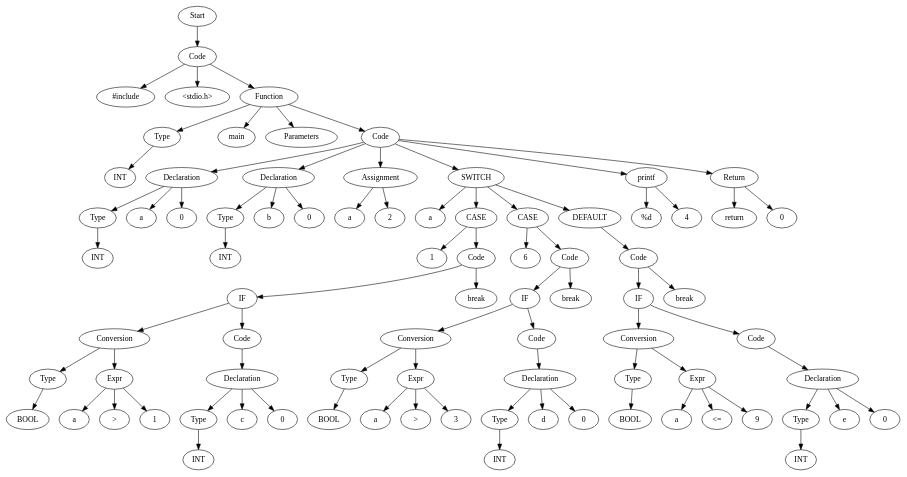
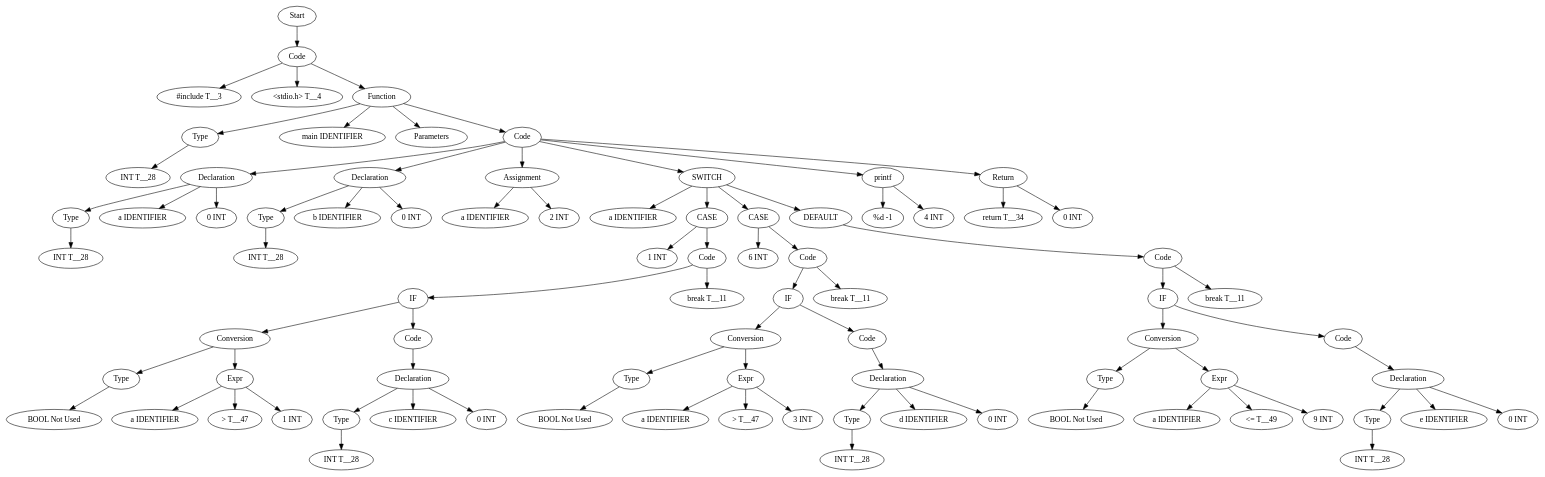
The diagram in TestCases/ASTTests/SwitchTests/CreateTests/read_file_before.dot (Are-you-listening/Compilers), drawn with Graphviz before and after one commit. The commit also changed 50 other files, not shown here.

```diff
--- a/TestCases/ASTTests/SwitchTests/CreateTests/read_file_before.dot
+++ b/TestCases/ASTTests/SwitchTests/CreateTests/read_file_before.dot
@@ -1,169 +1,169 @@
 digraph AST {
-  "129830213923120" [label="Start"];
-  "129830213923120" -> "129830213919472";
-  "129830213919472" [label="Code"];
-  "129830213919472" -> "129830213910880";
-  "129830213919472" -> "129830213925040";
-  "129830213919472" -> "129830213911072";
-  "129830213910880" [label="#include"];
-  "129830213925040" [label="<stdio.h>"];
-  "129830213911072" [label="Function"];
-  "129830213911072" -> "129830214015952";
-  "129830213911072" -> "129830214021712";
-  "129830213911072" -> "129830214020176";
-  "129830213911072" -> "129830214016144";
-  "129830214015952" [label="Type"];
-  "129830214015952" -> "129830214021520";
-  "129830214021520" [label="INT"];
-  "129830214021712" [label="main"];
-  "129830214020176" [label="Parameters"];
-  "129830214016144" [label="Code"];
-  "129830214016144" -> "129830214020800";
-  "129830214016144" -> "129830214018112";
-  "129830214016144" -> "129830214020608";
-  "129830214016144" -> "129830214020656";
-  "129830214016144" -> "129830214018496";
-  "129830214016144" -> "129830214016192";
-  "129830214020800" [label="Declaration"];
-  "129830214020800" -> "129830214021136";
-  "129830214020800" -> "129830214020752";
-  "129830214020800" -> "129830214021568";
-  "129830214021136" [label="Type"];
-  "129830214021136" -> "129830214020944";
-  "129830214020944" [label="INT"];
-  "129830214020752" [label="a"];
-  "129830214021568" [label="0"];
-  "129830214018112" [label="Declaration"];
-  "129830214018112" -> "129830214024016";
-  "129830214018112" -> "129830214014608";
-  "129830214018112" -> "129830214010000";
-  "129830214024016" [label="Type"];
-  "129830214024016" -> "129830214010768";
-  "129830214010768" [label="INT"];
-  "129830214014608" [label="b"];
-  "129830214010000" [label="0"];
-  "129830214020608" [label="Assignment"];
-  "129830214020608" -> "129830214020368";
-  "129830214020608" -> "129830214016048";
-  "129830214020368" [label="a"];
-  "129830214016048" [label="2"];
-  "129830214020656" [label="SWITCH"];
-  "129830214020656" -> "129830214015856";
-  "129830214020656" -> "129830214013024";
-  "129830214020656" -> "129830214022096";
-  "129830214020656" -> "129830214020128";
-  "129830214015856" [label="a"];
-  "129830214013024" [label="CASE"];
-  "129830214013024" -> "129830214017872";
-  "129830214013024" -> "129830214014560";
-  "129830214017872" [label="1"];
-  "129830214014560" [label="Code"];
-  "129830214014560" -> "129830214021184";
-  "129830214014560" -> "129830214020224";
-  "129830214021184" [label="IF"];
-  "129830214021184" -> "129830214024928";
-  "129830214021184" -> "129830214020032";
-  "129830214024928" [label="Conversion"];
-  "129830214024928" -> "129830214024976";
-  "129830214024928" -> "129830214022192";
-  "129830214024976" [label="Type"];
-  "129830214024976" -> "129830214025024";
-  "129830214025024" [label="BOOL"];
-  "129830214022192" [label="Expr"];
-  "129830214022192" -> "129830214015904";
-  "129830214022192" -> "129830214021328";
-  "129830214022192" -> "129830214021616";
-  "129830214015904" [label="a"];
-  "129830214021328" [label=">"];
-  "129830214021616" [label="1"];
-  "129830214020032" [label="Code"];
-  "129830214020032" -> "129830214021664";
-  "129830214021664" [label="Declaration"];
-  "129830214021664" -> "129830214011488";
-  "129830214021664" -> "129830214013600";
-  "129830214021664" -> "129830214019888";
-  "129830214011488" [label="Type"];
-  "129830214011488" -> "129830214011392";
-  "129830214011392" [label="INT"];
-  "129830214013600" [label="c"];
-  "129830214019888" [label="0"];
-  "129830214020224" [label="break"];
-  "129830214022096" [label="CASE"];
-  "129830214022096" -> "129830214021280";
-  "129830214022096" -> "129830214011536";
-  "129830214021280" [label="6"];
-  "129830214011536" [label="Code"];
-  "129830214011536" -> "129830214012256";
-  "129830214011536" -> "129830214018832";
-  "129830214012256" [label="IF"];
-  "129830214012256" -> "129830214024880";
-  "129830214012256" -> "129830214019312";
-  "129830214024880" [label="Conversion"];
-  "129830214024880" -> "129830214025072";
-  "129830214024880" -> "129830214019600";
-  "129830214025072" [label="Type"];
-  "129830214025072" -> "129830214025120";
-  "129830214025120" [label="BOOL"];
-  "129830214019600" [label="Expr"];
-  "129830214019600" -> "129830214019648";
-  "129830214019600" -> "129830214019552";
-  "129830214019600" -> "129830214019456";
-  "129830214019648" [label="a"];
-  "129830214019552" [label=">"];
-  "129830214019456" [label="3"];
-  "129830214019312" [label="Code"];
-  "129830214019312" -> "129830214018976";
-  "129830214018976" [label="Declaration"];
-  "129830214018976" -> "129830214019072";
-  "129830214018976" -> "129830214018784";
-  "129830214018976" -> "129830214018688";
-  "129830214019072" [label="Type"];
-  "129830214019072" -> "129830214018736";
-  "129830214018736" [label="INT"];
-  "129830214018784" [label="d"];
-  "129830214018688" [label="0"];
-  "129830214018832" [label="break"];
-  "129830214020128" [label="DEFAULT"];
-  "129830214020128" -> "129830214018352";
-  "129830214018352" [label="Code"];
-  "129830214018352" -> "129830214018400";
-  "129830214018352" -> "129830214017200";
-  "129830214018400" [label="IF"];
-  "129830214018400" -> "129830214022864";
-  "129830214018400" -> "129830214010720";
-  "129830214022864" [label="Conversion"];
-  "129830214022864" -> "129830214022816";
-  "129830214022864" -> "129830214018304";
-  "129830214022816" [label="Type"];
-  "129830214022816" -> "129830214017632";
-  "129830214017632" [label="BOOL"];
-  "129830214018304" [label="Expr"];
-  "129830214018304" -> "129830214018208";
-  "129830214018304" -> "129830214013312";
-  "129830214018304" -> "129830214009904";
-  "129830214018208" [label="a"];
-  "129830214013312" [label="<="];
-  "129830214009904" [label="9"];
-  "129830214010720" [label="Code"];
-  "129830214010720" -> "129830214016864";
-  "129830214016864" [label="Declaration"];
-  "129830214016864" -> "129830214016528";
-  "129830214016864" -> "129830214012400";
-  "129830214016864" -> "129830214023008";
-  "129830214016528" [label="Type"];
-  "129830214016528" -> "129830214013456";
-  "129830214013456" [label="INT"];
-  "129830214012400" [label="e"];
-  "129830214023008" [label="0"];
-  "129830214017200" [label="break"];
-  "129830214018496" [label="printf"];
-  "129830214018496" -> "129830214017104";
-  "129830214018496" -> "129830214017296";
-  "129830214017104" [label="%d"];
-  "129830214017296" [label="4"];
-  "129830214016192" [label="Return"];
-  "129830214016192" -> "129830214014800";
-  "129830214016192" -> "129830214016768";
-  "129830214014800" [label="return"];
-  "129830214016768" [label="0"];
+  "136192601012592" [label="Start"];
+  "136192601012592" -> "136192600998624";
+  "136192600998624" [label="Code"];
+  "136192600998624" -> "136192601013888";
+  "136192600998624" -> "136192601010192";
+  "136192600998624" -> "136192601012208";
+  "136192601013888" [label="#include T__3"];
+  "136192601010192" [label="<stdio.h> T__4"];
+  "136192601012208" [label="Function"];
+  "136192601012208" -> "136192601009904";
+  "136192601012208" -> "136192601011728";
+  "136192601012208" -> "136192601012448";
+  "136192601012208" -> "136192601012688";
+  "136192601009904" [label="Type"];
+  "136192601009904" -> "136192601008752";
+  "136192601008752" [label="INT T__28"];
+  "136192601011728" [label="main IDENTIFIER"];
+  "136192601012448" [label="Parameters"];
+  "136192601012688" [label="Code"];
+  "136192601012688" -> "136192601012736";
+  "136192601012688" -> "136192601012400";
+  "136192601012688" -> "136192601009760";
+  "136192601012688" -> "136192601010336";
+  "136192601012688" -> "136192599083520";
+  "136192601012688" -> "136192599083568";
+  "136192601012736" [label="Declaration"];
+  "136192601012736" -> "136192601011344";
+  "136192601012736" -> "136192601009952";
+  "136192601012736" -> "136192600999584";
+  "136192601011344" [label="Type"];
+  "136192601011344" -> "136192601012016";
+  "136192601012016" [label="INT T__28"];
+  "136192601009952" [label="a IDENTIFIER"];
+  "136192600999584" [label="0 INT"];
+  "136192601012400" [label="Declaration"];
+  "136192601012400" -> "136192601013264";
+  "136192601012400" -> "136192600998912";
+  "136192601012400" -> "136192600998432";
+  "136192601013264" [label="Type"];
+  "136192601013264" -> "136192601010624";
+  "136192601010624" [label="INT T__28"];
+  "136192600998912" [label="b IDENTIFIER"];
+  "136192600998432" [label="0 INT"];
+  "136192601009760" [label="Assignment"];
+  "136192601009760" -> "136192601001648";
+  "136192601009760" -> "136192601012784";
+  "136192601001648" [label="a IDENTIFIER"];
+  "136192601012784" [label="2 INT"];
+  "136192601010336" [label="SWITCH"];
+  "136192601010336" -> "136192601008800";
+  "136192601010336" -> "136192601000112";
+  "136192601010336" -> "136192601008656";
+  "136192601010336" -> "136192601013456";
+  "136192601008800" [label="a IDENTIFIER"];
+  "136192601000112" [label="CASE"];
+  "136192601000112" -> "136192601006640";
+  "136192601000112" -> "136192601003568";
+  "136192601006640" [label="1 INT"];
+  "136192601003568" [label="Code"];
+  "136192601003568" -> "136192601007696";
+  "136192601003568" -> "136192601008512";
+  "136192601007696" [label="IF"];
+  "136192601007696" -> "136192599087504";
+  "136192601007696" -> "136192601007888";
+  "136192599087504" [label="Conversion"];
+  "136192599087504" -> "136192599087984";
+  "136192599087504" -> "136192601001024";
+  "136192599087984" [label="Type"];
+  "136192599087984" -> "136192599087888";
+  "136192599087888" [label="BOOL Not Used"];
+  "136192601001024" [label="Expr"];
+  "136192601001024" -> "136192601010432";
+  "136192601001024" -> "136192601001456";
+  "136192601001024" -> "136192601010240";
+  "136192601010432" [label="a IDENTIFIER"];
+  "136192601001456" [label="> T__47"];
+  "136192601010240" [label="1 INT"];
+  "136192601007888" [label="Code"];
+  "136192601007888" -> "136192601004288";
+  "136192601004288" [label="Declaration"];
+  "136192601004288" -> "136192601011392";
+  "136192601004288" -> "136192600999296";
+  "136192601004288" -> "136192601009472";
+  "136192601011392" [label="Type"];
+  "136192601011392" -> "136192600999728";
+  "136192600999728" [label="INT T__28"];
+  "136192600999296" [label="c IDENTIFIER"];
+  "136192601009472" [label="0 INT"];
+  "136192601008512" [label="break T__11"];
+  "136192601008656" [label="CASE"];
+  "136192601008656" -> "136192601009712";
+  "136192601008656" -> "136192600998960";
+  "136192601009712" [label="6 INT"];
+  "136192600998960" [label="Code"];
+  "136192600998960" -> "136192601012928";
+  "136192600998960" -> "136192599081936";
+  "136192601012928" [label="IF"];
+  "136192601012928" -> "136192599087936";
+  "136192601012928" -> "136192599090336";
+  "136192599087936" [label="Conversion"];
+  "136192599087936" -> "136192599088704";
+  "136192599087936" -> "136192601013072";
+  "136192599088704" [label="Type"];
+  "136192599088704" -> "136192599089664";
+  "136192599089664" [label="BOOL Not Used"];
+  "136192601013072" [label="Expr"];
+  "136192601013072" -> "136192601009808";
+  "136192601013072" -> "136192601005872";
+  "136192601013072" -> "136192599089472";
+  "136192601009808" [label="a IDENTIFIER"];
+  "136192601005872" [label="> T__47"];
+  "136192599089472" [label="3 INT"];
+  "136192599090336" [label="Code"];
+  "136192599090336" -> "136192599081840";
+  "136192599081840" [label="Declaration"];
+  "136192599081840" -> "136192599082032";
+  "136192599081840" -> "136192599084960";
+  "136192599081840" -> "136192599082224";
+  "136192599082032" [label="Type"];
+  "136192599082032" -> "136192599085440";
+  "136192599085440" [label="INT T__28"];
+  "136192599084960" [label="d IDENTIFIER"];
+  "136192599082224" [label="0 INT"];
+  "136192599081936" [label="break T__11"];
+  "136192601013456" [label="DEFAULT"];
+  "136192601013456" -> "136192599082080";
+  "136192599082080" [label="Code"];
+  "136192599082080" -> "136192599082128";
+  "136192599082080" -> "136192599082704";
+  "136192599082128" [label="IF"];
+  "136192599082128" -> "136192599088464";
+  "136192599082128" -> "136192599082848";
+  "136192599088464" [label="Conversion"];
+  "136192599088464" -> "136192599088320";
+  "136192599088464" -> "136192599083808";
+  "136192599088320" [label="Type"];
+  "136192599088320" -> "136192599088032";
+  "136192599088032" [label="BOOL Not Used"];
+  "136192599083808" [label="Expr"];
+  "136192599083808" -> "136192599085584";
+  "136192599083808" -> "136192599085536";
+  "136192599083808" -> "136192599085680";
+  "136192599085584" [label="a IDENTIFIER"];
+  "136192599085536" [label="<= T__49"];
+  "136192599085680" [label="9 INT"];
+  "136192599082848" [label="Code"];
+  "136192599082848" -> "136192599085152";
+  "136192599085152" [label="Declaration"];
+  "136192599085152" -> "136192599082800";
+  "136192599085152" -> "136192599084864";
+  "136192599085152" -> "136192599083904";
+  "136192599082800" [label="Type"];
+  "136192599082800" -> "136192599084816";
+  "136192599084816" [label="INT T__28"];
+  "136192599084864" [label="e IDENTIFIER"];
+  "136192599083904" [label="0 INT"];
+  "136192599082704" [label="break T__11"];
+  "136192599083520" [label="printf"];
+  "136192599083520" -> "136192599087696";
+  "136192599083520" -> "136192599082272";
+  "136192599087696" [label="%d -1"];
+  "136192599082272" [label="4 INT"];
+  "136192599083568" [label="Return"];
+  "136192599083568" -> "136192599082512";
+  "136192599083568" -> "136192599083136";
+  "136192599082512" [label="return T__34"];
+  "136192599083136" [label="0 INT"];
 }
```
